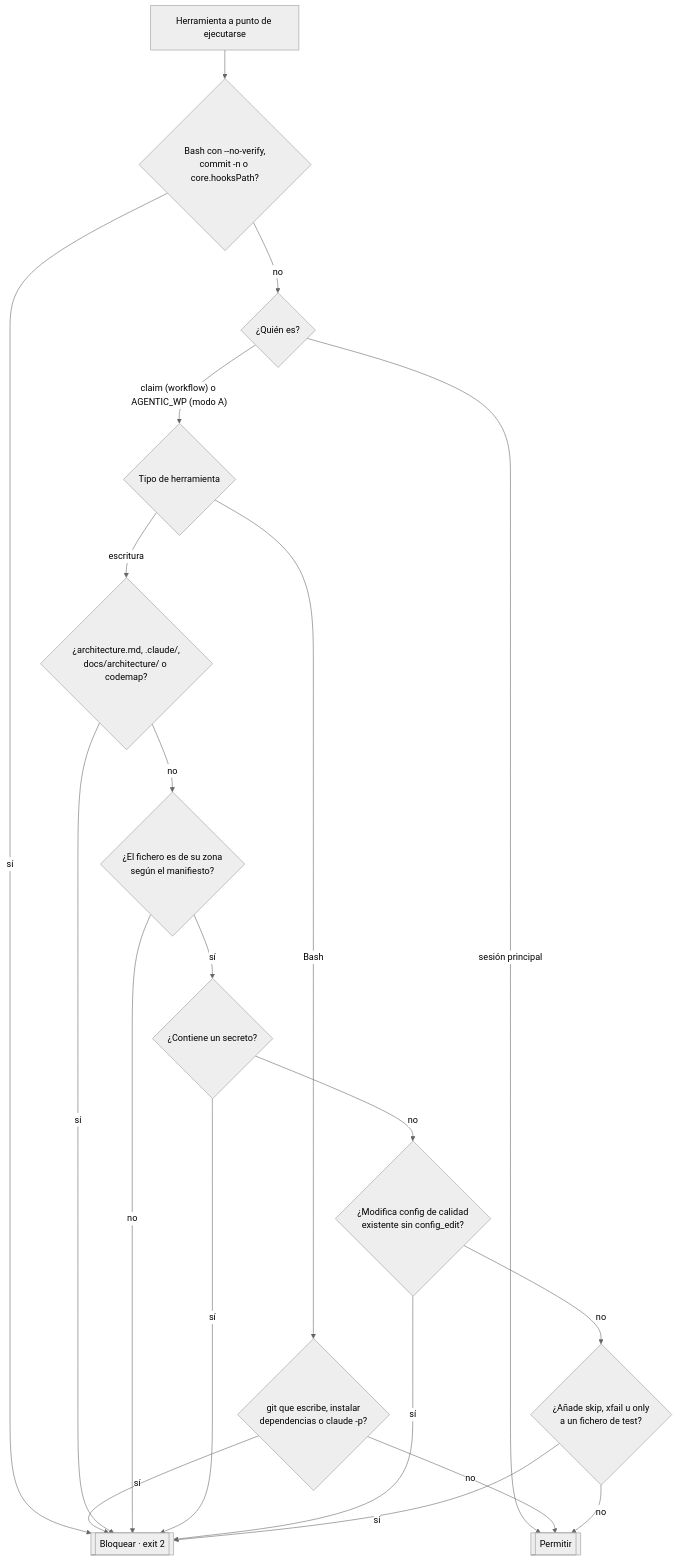
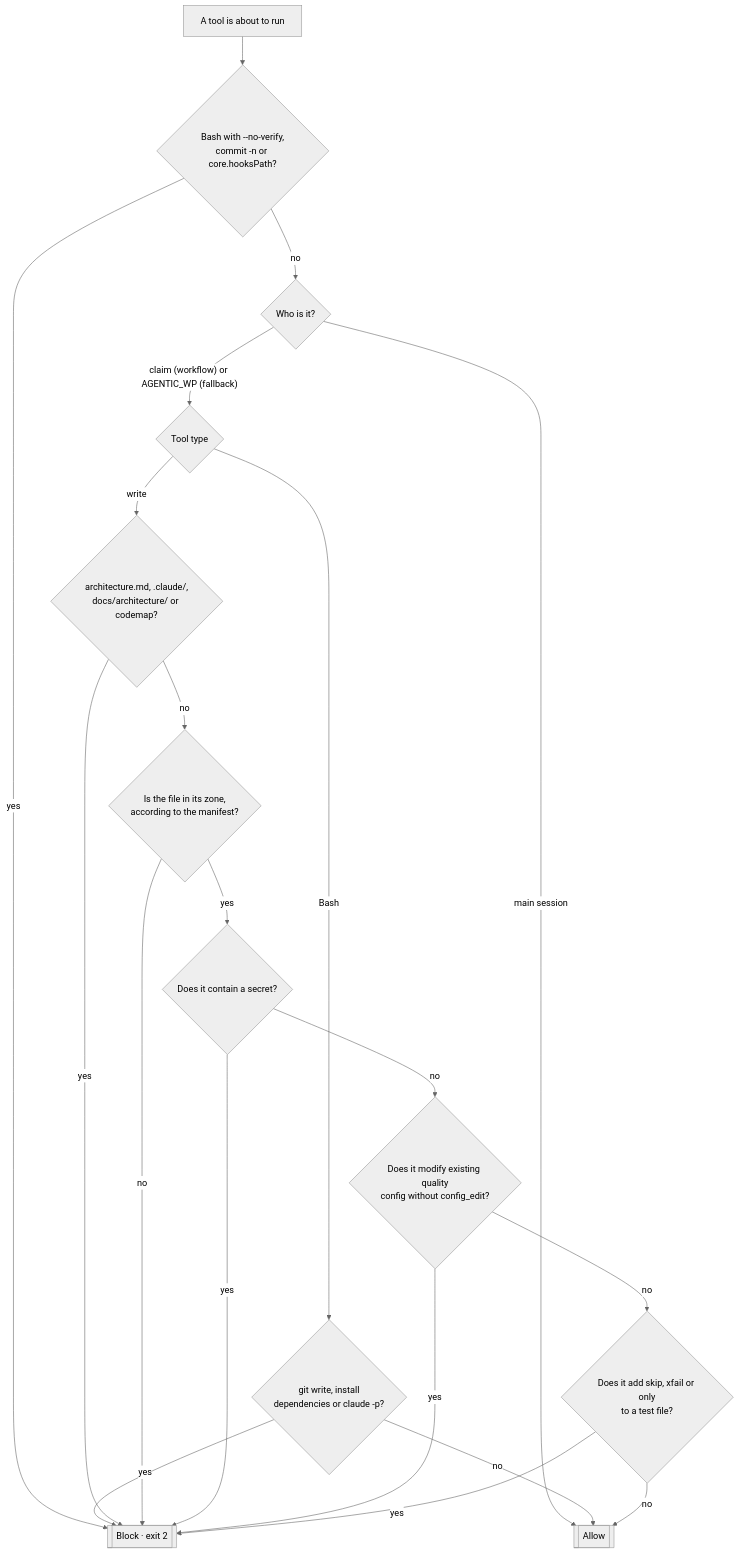
The fourth of 5 diagrams in docs/how-it-works.md (jagosar/agentic-flow), drawn with Mermaid (neutral theme) before and after one commit. The commit also changed other lines of this file and 16 other files, not shown here.

````diff
--- a/docs/how-it-works.md
+++ b/docs/how-it-works.md
@@ -166,22 +178,22 @@
 ```mermaid
 flowchart TD
-    E["Herramienta a punto de ejecutarse"] --> NV{"Bash con --no-verify,<br/>commit -n o core.hooksPath?"}
-    NV -->|sí| BLK[["Bloquear · exit 2"]]
-    NV -->|no| ID{"¿Quién es?"}
-    ID -->|sesión principal| OK[["Permitir"]]
-    ID -->|"claim (workflow) o AGENTIC_WP (modo A)"| T{"Tipo de herramienta"}
-    T -->|Bash| GB{"git que escribe, instalar<br/>dependencias o claude -p?"}
-    GB -->|sí| BLK
+    E["A tool is about to run"] --> NV{"Bash with --no-verify,<br/>commit -n or core.hooksPath?"}
+    NV -->|yes| BLK[["Block · exit 2"]]
+    NV -->|no| ID{"Who is it?"}
+    ID -->|main session| OK[["Allow"]]
+    ID -->|"claim (workflow) or AGENTIC_WP (fallback)"| T{"Tool type"}
+    T -->|Bash| GB{"git write, install<br/>dependencies or claude -p?"}
+    GB -->|yes| BLK
     GB -->|no| OK
-    T -->|escritura| PROT{"¿architecture.md, .claude/,<br/>docs/architecture/ o codemap?"}
-    PROT -->|sí| BLK
-    PROT -->|no| OWN{"¿El fichero es de su zona<br/>según el manifiesto?"}
+    T -->|write| PROT{"architecture.md, .claude/,<br/>docs/architecture/ or codemap?"}
+    PROT -->|yes| BLK
+    PROT -->|no| OWN{"Is the file in its zone,<br/>according to the manifest?"}
     OWN -->|no| BLK
-    OWN -->|sí| SEC{"¿Contiene un secreto?"}
-    SEC -->|sí| BLK
-    SEC -->|no| CFG{"¿Modifica config de calidad<br/>existente sin config_edit?"}
-    CFG -->|sí| BLK
-    CFG -->|no| SKIP{"¿Añade skip, xfail u only<br/>a un fichero de test?"}
-    SKIP -->|sí| BLK
+    OWN -->|yes| SEC{"Does it contain a secret?"}
+    SEC -->|yes| BLK
+    SEC -->|no| CFG{"Does it modify existing quality<br/>config without config_edit?"}
+    CFG -->|yes| BLK
+    CFG -->|no| SKIP{"Does it add skip, xfail or only<br/>to a test file?"}
+    SKIP -->|yes| BLK
     SKIP -->|no| OK
 ```
````
